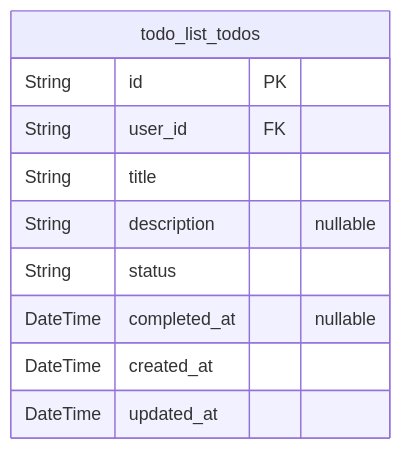
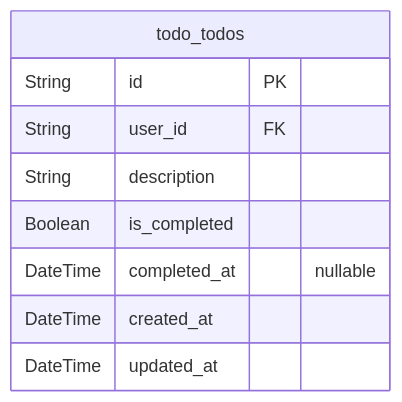
One commit to wrtnlabs/autobe-examples changed the second of 2 diagrams in openai/gpt-4.1/todo/docs/ERD.md. Above: the diagram before and after it, drawn with Mermaid. The commit also changed other lines of this file and 1725 other files, not shown here.

````diff
--- a/openai/gpt-4.1/todo/docs/ERD.md
+++ b/openai/gpt-4.1/todo/docs/ERD.md
@@ -127,13 +97,12 @@
 ```mermaid
 erDiagram
-"todo_list_todos" {
+"todo_todos" {
   String id PK
   String user_id FK
-  String title
-  String description "nullable"
-  String status
+  String description
+  Boolean is_completed
   DateTime completed_at "nullable"
   DateTime created_at
   DateTime updated_at
 }
 ```
````
